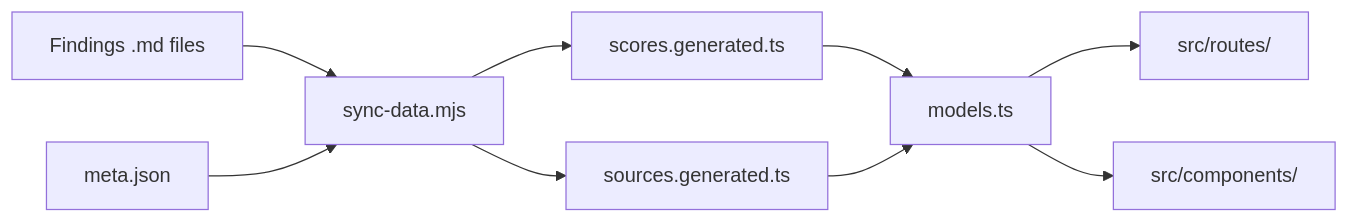
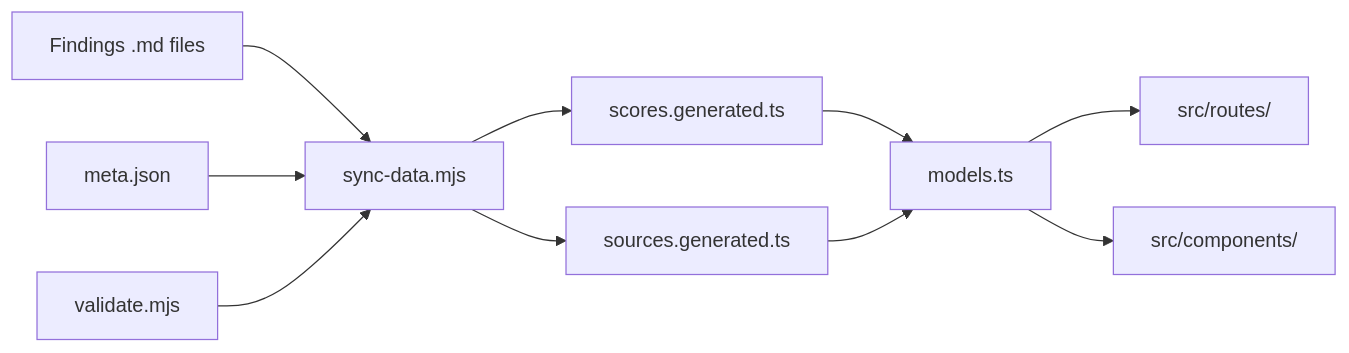
The fourth of 4 diagrams in .qoder/repowiki/en/content/Getting Started.md (delirium-dj/modelcomp), drawn with Mermaid before and after one commit. The commit also changed other lines of this file and 242 other files, not shown here.

````diff
--- a/.qoder/repowiki/en/content/Getting Started.md
+++ b/.qoder/repowiki/en/content/Getting Started.md
@@ -264,11 +287,12 @@
 ```mermaid
 graph LR
 Findings["Findings .md files"] --> Sync["sync-data.mjs"]
 Meta["meta.json"] --> Sync
+Validate["validate.mjs"] --> Sync
 Sync --> ScoresGen["scores.generated.ts"]
 Sync --> SourcesGen["sources.generated.ts"]
 ScoresGen --> ModelsTs["models.ts"]
 SourcesGen --> ModelsTs
 ModelsTs --> Routes["src/routes/"]
 ModelsTs --> Components["src/components/"]
 ```
````
